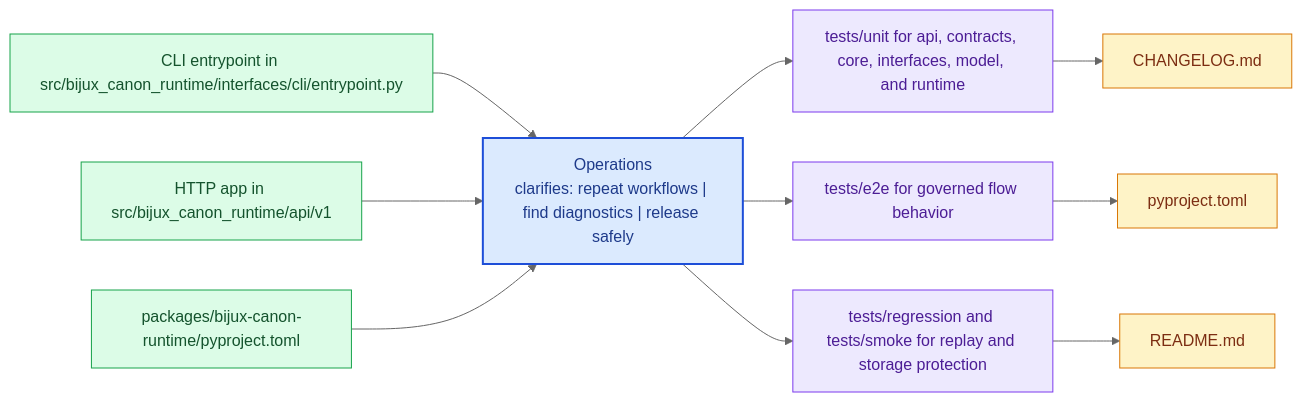
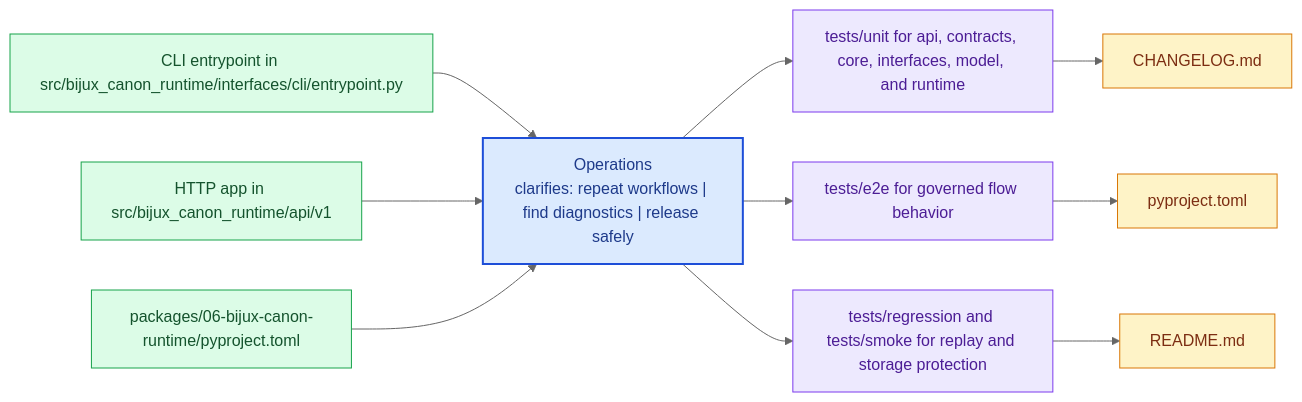
The diagram in docs/06-bijux-canon-runtime/operations/index.md (bijux/bijux-canon), drawn with Mermaid (neutral theme) before and after one commit. The commit also changed other lines of this file and 167 other files, not shown here.

````diff
--- a/docs/06-bijux-canon-runtime/operations/index.md
+++ b/docs/06-bijux-canon-runtime/operations/index.md
@@ -20,31 +20,31 @@
 ```mermaid
 flowchart LR
     page["Operations<br/>clarifies: repeat workflows | find diagnostics | release safely"]
     classDef page fill:#dbeafe,stroke:#1d4ed8,color:#1e3a8a,stroke-width:2px;
     classDef positive fill:#dcfce7,stroke:#16a34a,color:#14532d;
     classDef caution fill:#fee2e2,stroke:#dc2626,color:#7f1d1d;
     classDef anchor fill:#ede9fe,stroke:#7c3aed,color:#4c1d95;
     classDef action fill:#fef3c7,stroke:#d97706,color:#7c2d12;
     step1["CLI entrypoint in src/bijux_canon_runtime/interfaces/cli/entrypoint.py"]
     step1 --> page
     step2["HTTP app in src/bijux_canon_runtime/api/v1"]
     step2 --> page
-    step3["packages/bijux-canon-runtime/pyproject.toml"]
+    step3["packages/06-bijux-canon-runtime/pyproject.toml"]
     step3 --> page
     run1["tests/unit for api, contracts, core, interfaces, model, and runtime"]
     page --> run1
     run2["tests/e2e for governed flow behavior"]
     page --> run2
     run3["tests/regression and tests/smoke for replay and storage protection"]
     page --> run3
     release1["CHANGELOG.md"]
     run1 --> release1
     release2["pyproject.toml"]
     run2 --> release2
     release3["README.md"]
     run3 --> release3
     class page page;
     class step1,step2,step3 positive;
     class run1,run2,run3 anchor;
     class release1,release2,release3 action;
 ```
````
